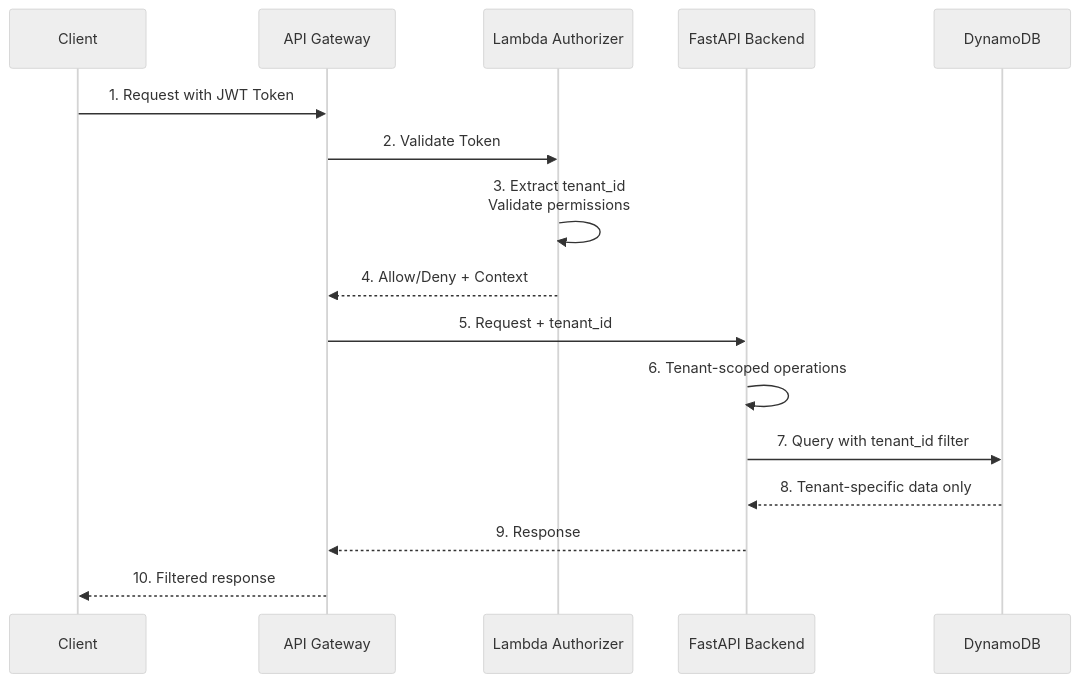
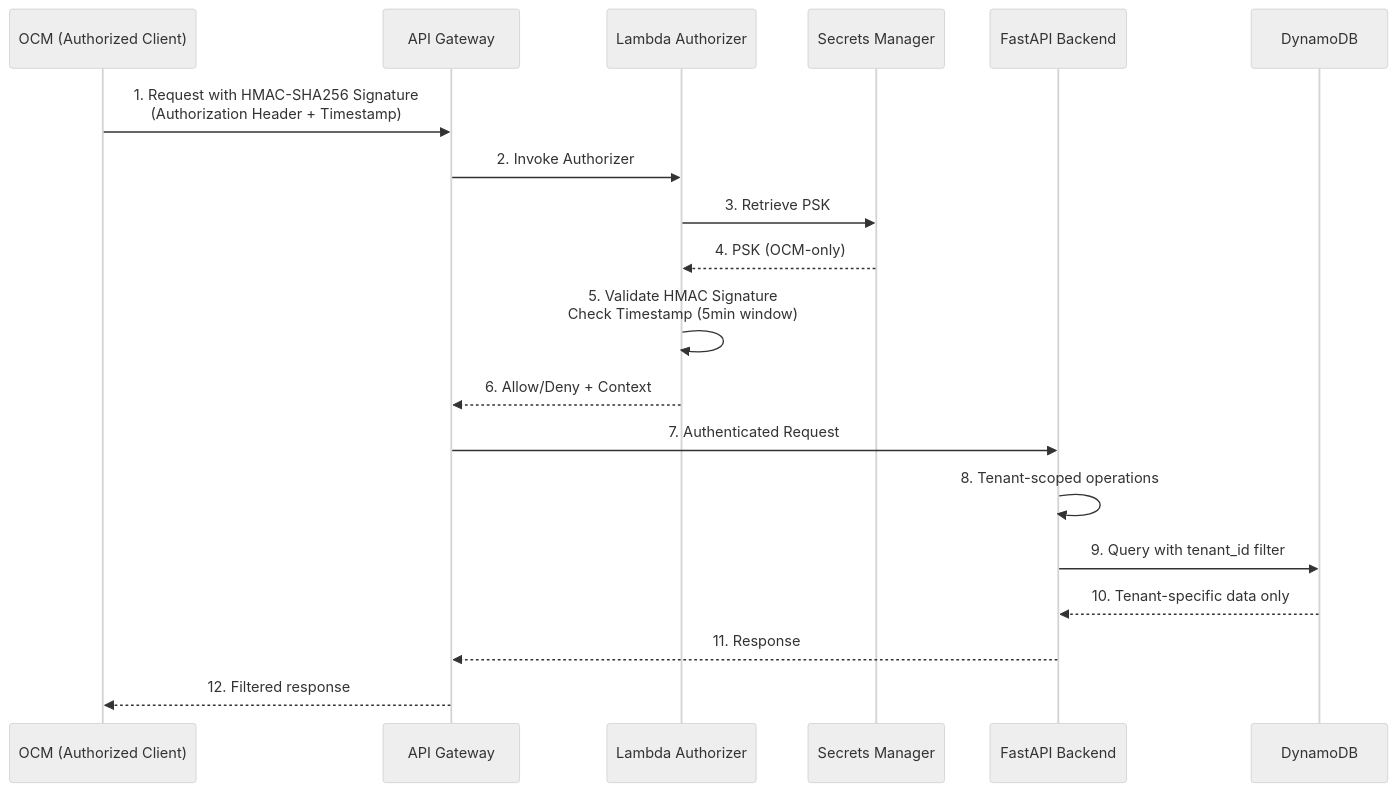
Before and after one commit to openshift-online/rosa-log-router: the fourth of 5 diagrams in docs/security-architecture-diagram.md, drawn with Mermaid (neutral theme). The commit also changed other lines of this file and 2 other files, not shown here.

````diff
--- a/docs/security-architecture-diagram.md
+++ b/docs/security-architecture-diagram.md
@@ -204,19 +206,22 @@
 ```mermaid
 sequenceDiagram
-    participant C as Client
+    participant OCM as OCM (Authorized Client)
     participant AG as API Gateway
     participant Auth as Lambda Authorizer
+    participant SM as Secrets Manager
     participant API as FastAPI Backend
     participant DB as DynamoDB
-    
-    C->>AG: 1. Request with JWT Token
-    AG->>Auth: 2. Validate Token
-    Auth->>Auth: 3. Extract tenant_id<br/>Validate permissions
-    Auth-->>AG: 4. Allow/Deny + Context
-    AG->>API: 5. Request + tenant_id
-    API->>API: 6. Tenant-scoped operations
-    API->>DB: 7. Query with tenant_id filter
-    DB-->>API: 8. Tenant-specific data only
-    API-->>AG: 9. Response
-    AG-->>C: 10. Filtered response
+
+    OCM->>AG: 1. Request with HMAC-SHA256 Signature<br/>(Authorization Header + Timestamp)
+    AG->>Auth: 2. Invoke Authorizer
+    Auth->>SM: 3. Retrieve PSK
+    SM-->>Auth: 4. PSK (OCM-only)
+    Auth->>Auth: 5. Validate HMAC Signature<br/>Check Timestamp (5min window)
+    Auth-->>AG: 6. Allow/Deny + Context
+    AG->>API: 7. Authenticated Request
+    API->>API: 8. Tenant-scoped operations
+    API->>DB: 9. Query with tenant_id filter
+    DB-->>API: 10. Tenant-specific data only
+    API-->>AG: 11. Response
+    AG-->>OCM: 12. Filtered response
 ```
````
